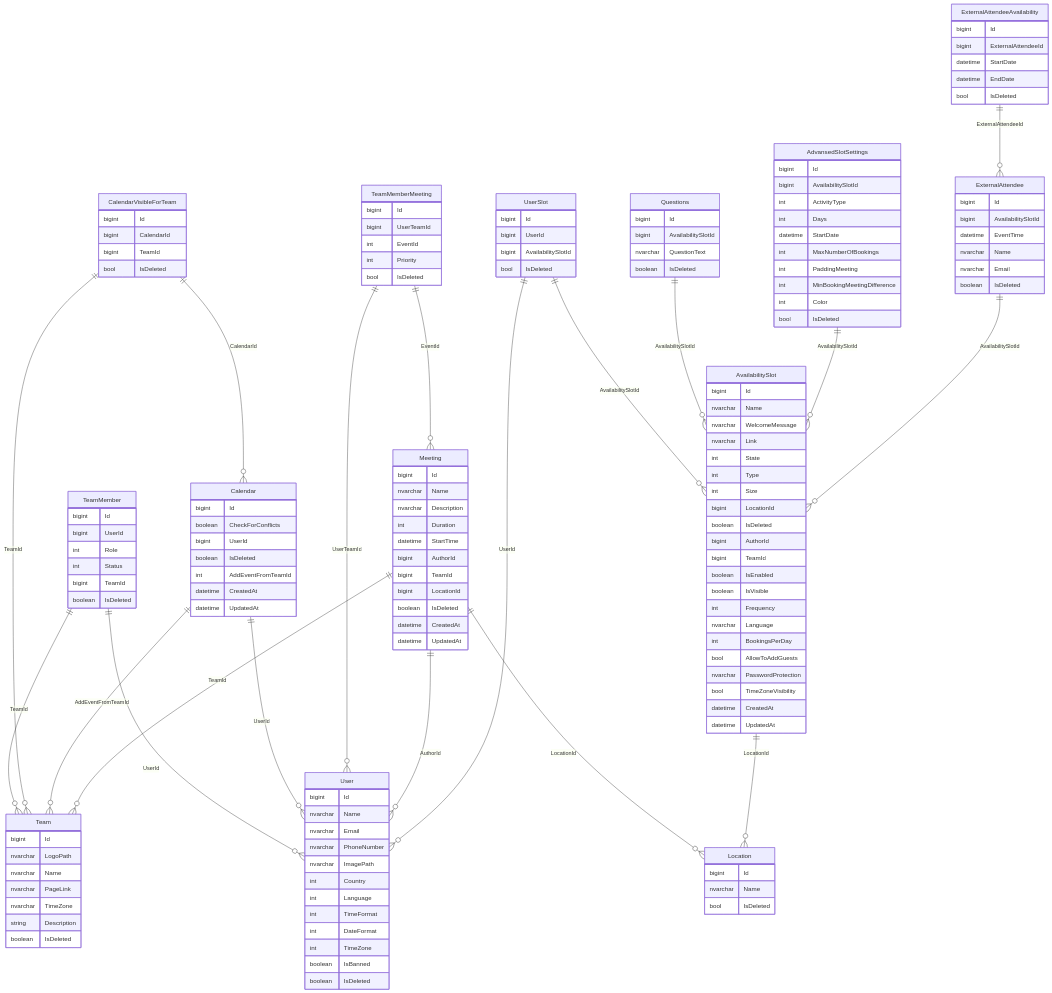
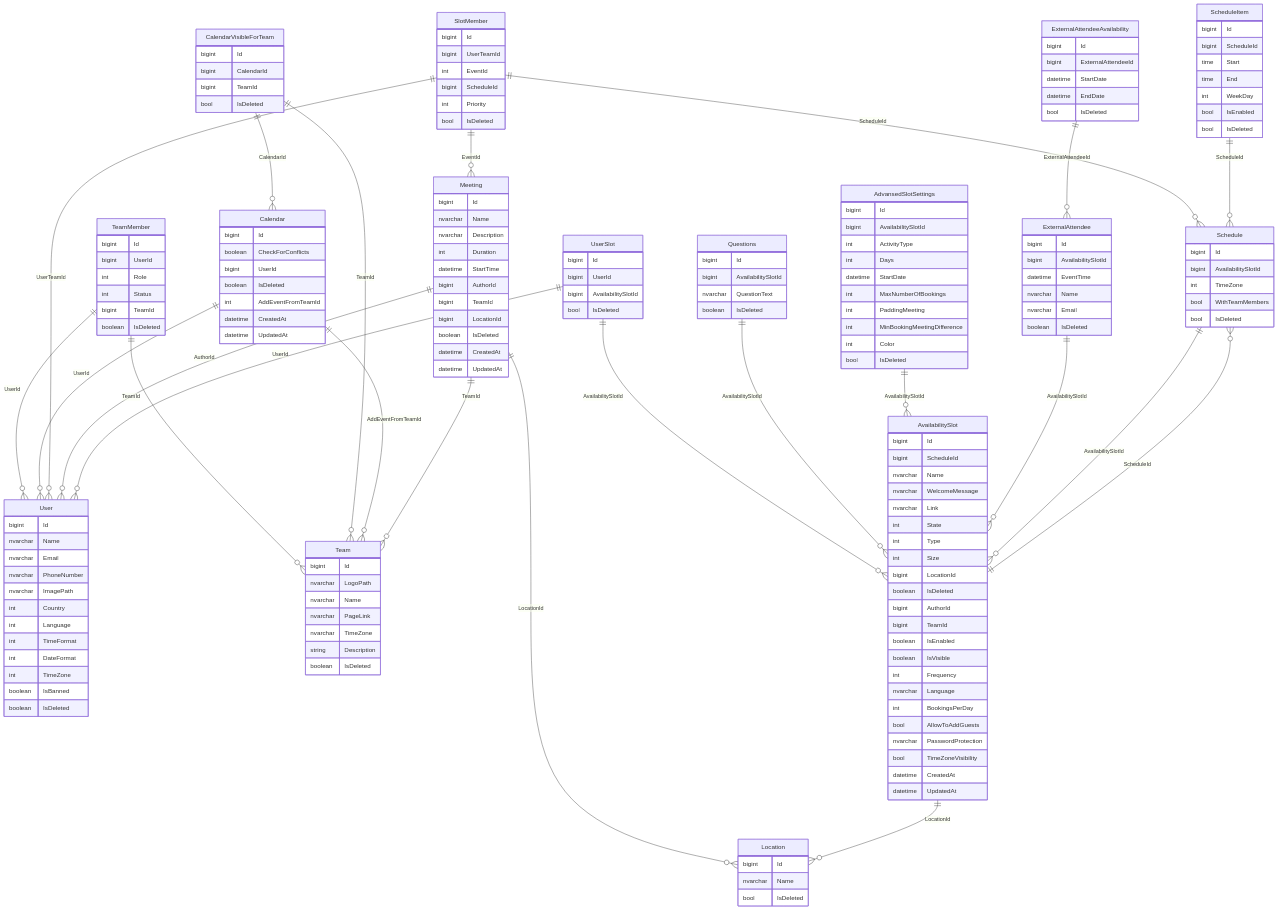
The diagram in README.md (BinaryStudioAcademy/bsa-2022-easymeets), drawn with Mermaid before and after one commit.

Commit message:
Readme updated according to db changes

````diff
--- a/README.md
+++ b/README.md
@@ -95,12 +95,14 @@
       datetime UpdatedAt
   }
 
-  TeamMemberMeeting ||--o{ User : UserTeamId
-  TeamMemberMeeting ||--o{ Meeting : EventId
-  TeamMemberMeeting {
+  SlotMember ||--o{ User : UserTeamId
+  SlotMember ||--o{ Meeting : EventId
+  SlotMember ||--o{ Schedule : ScheduleId
+  SlotMember {
       bigint Id
       bigint UserTeamId
       int EventId
+      bigint ScheduleId
       int Priority
       bool IsDeleted
   }
@@ -138,8 +140,10 @@
   }
 
   AvailabilitySlot ||--o{ Location : LocationId
+  AvailabilitySlot ||--o{ Schedule : ScheduleId
   AvailabilitySlot{
     bigint Id
+    bigint ScheduleId
     nvarchar Name
     nvarchar WelcomeMessage
     nvarchar Link
@@ -202,4 +206,24 @@
     datetime EndDate
     bool IsDeleted
   }
+
+  Schedule ||--o{ AvailabilitySlot : AvailabilitySlotId
+  Schedule{
+    bigint Id
+    bigint AvailabilitySlotId
+    int TimeZone
+    bool WithTeamMembers 
+    bool IsDeleted
+  }
+
+  ScheduleItem ||--o{ Schedule : ScheduleId
+  ScheduleItem{
+    bigint Id
+    bigint ScheduleId
+    time Start
+    time End
+    int WeekDay
+    bool IsEnabled
+    bool IsDeleted
+  }
 ```
````
